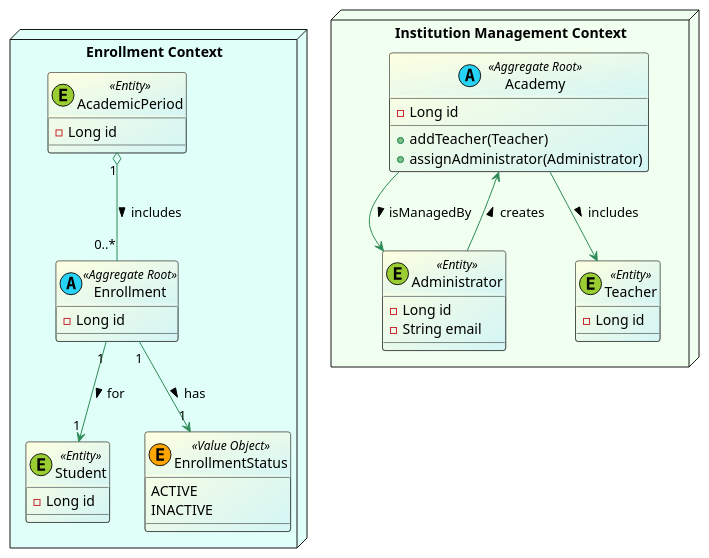
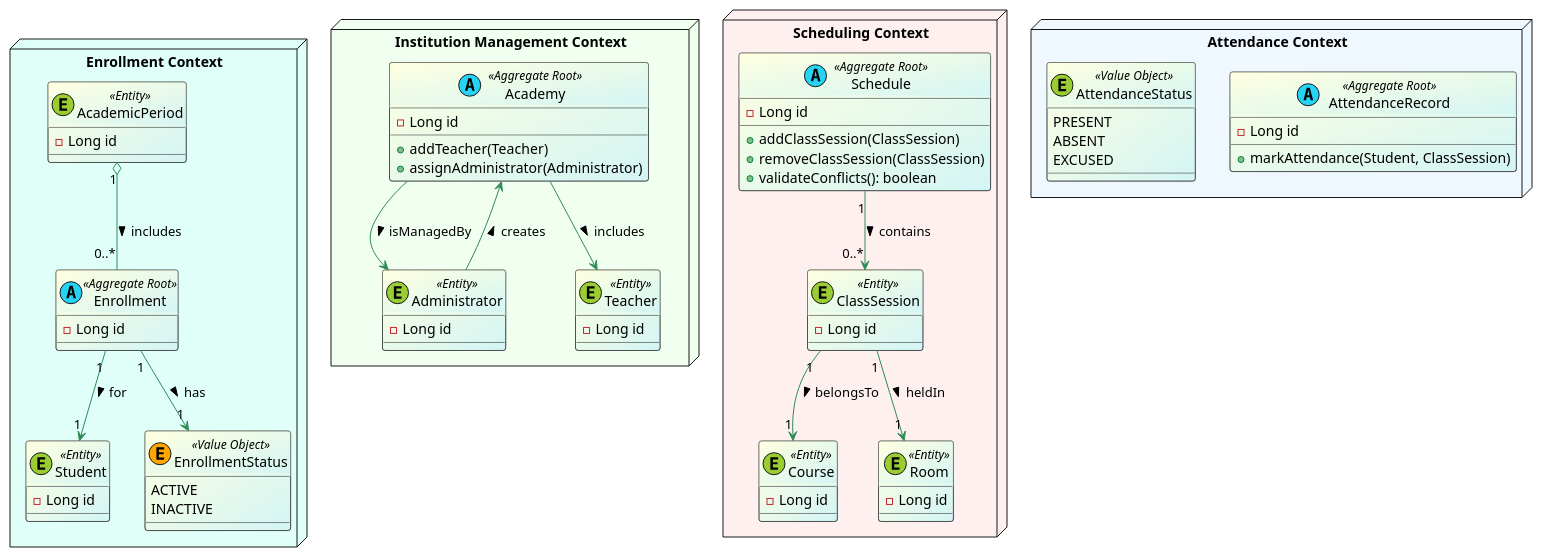
One commit to demy-project/api changed the diagram in docs/domain-diagram.puml. Above: the diagram before and after it, drawn with PlantUML.

Commit message:
docs: update domain diagram to include Scheduling and Attendance contexts with relevant classes

```diff
--- a/docs/domain-diagram.puml
+++ b/docs/domain-diagram.puml
@@ -1,48 +1,85 @@
 @startuml Demy Domain Diagram
 
 skinparam class {
     BackgroundColor LightYellow/D3F5F5
     ArrowColor SeaGreen
 }
 
 package "Enrollment Context" <<Node>> #E0FFF9 {
     class Enrollment <<(A, #27D3F5) Aggregate Root>> {
         - Long id
     }
     class Student <<(E, #9ACD32) Entity>> {
         - Long id
     }
     enum EnrollmentStatus <<(E, #FFA500) Value Object>> {
         ACTIVE
         INACTIVE
     }
     class AcademicPeriod <<(E, #9ACD32) Entity>> {
         - Long id
     }
     ' Relationships
     Enrollment "1" --> "1" Student : for >
     AcademicPeriod "1" o-- "0..*" Enrollment : includes >
     Enrollment "1" --> "1" EnrollmentStatus : has >
 }
 
 package "Institution Management Context" <<Node>> #F0FFF0 {
     class Academy <<(A, #27D3F5) Aggregate Root>> {
         - Long id
         + addTeacher(Teacher)
         + assignAdministrator(Administrator)
     }
     class Administrator <<(E, #9ACD32) Entity>> {
         - Long id
-        - String email
     }
 
     class Teacher <<(E, #9ACD32) Entity>> {
         - Long id
     }
     ' Relationships
     Administrator --> Academy : creates >
     Academy --> Administrator : isManagedBy >
     Academy --> Teacher : includes >
 }
 
+package "Scheduling Context" <<Node>> #FFF0F0 {
+    class Schedule <<(A, #27D3F5) Aggregate Root>> {
+        - Long id
+        + addClassSession(ClassSession)
+        + removeClassSession(ClassSession)
+        + validateConflicts(): boolean
+    }
+
+    class ClassSession <<(E, #9ACD32) Entity>> {
+        - Long id
+    }
+
+    class Course <<(E, #9ACD32) Entity>> {
+        - Long id
+    }
+
+    class Room <<(E, #9ACD32)Entity>> {
+        - Long id
+    }
+
+    ' Relationships
+    Schedule "1" --> "0..*" ClassSession : contains >
+    ClassSession "1" --> "1" Course : belongsTo >
+    ClassSession "1" --> "1" Room : heldIn >
+}
+
+package "Attendance Context" <<Node>> #F0F8FF {
+    class AttendanceRecord <<(A, #27D3F5) Aggregate Root>> {
+        - Long id
+        + markAttendance(Student, ClassSession)
+    }
+    class AttendanceStatus <<(E, #9ACD32) Value Object>> {
+        PRESENT
+        ABSENT
+        EXCUSED
+    }
+}
+
 @enduml
```
